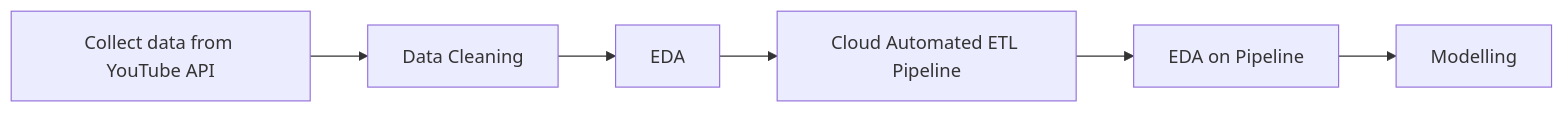
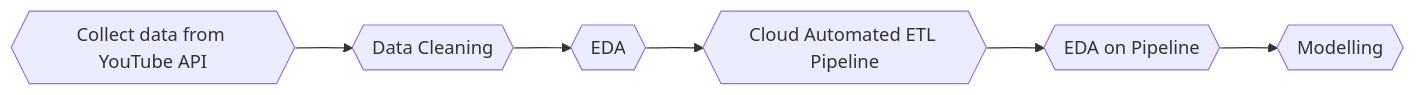
The first of 3 diagrams in README.md (LHide14/YouTube-Analytics), drawn with Mermaid before and after one commit.

````diff
--- a/README.md
+++ b/README.md
@@ -57,4 +57,4 @@
 ```mermaid
 flowchart LR;
-  A[Collect data from YouTube API] --> B[Data Cleaning] --> C[EDA] --> D[Cloud Automated ETL Pipeline] --> E[EDA on Pipeline] --> F[Modelling];
+  A{{Collect data from YouTube API}} --> B{{Data Cleaning}} --> C{{EDA}} --> D{{Cloud Automated ETL Pipeline}} --> E{{EDA on Pipeline}} --> F{{Modelling}};
 ```
````
